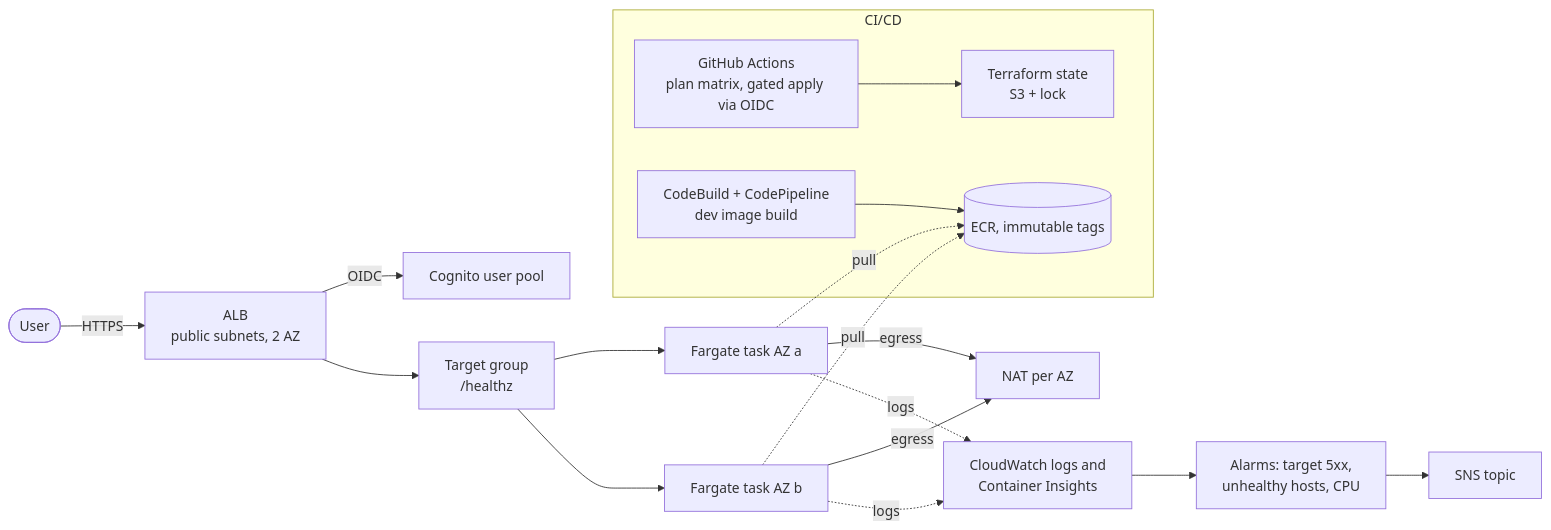
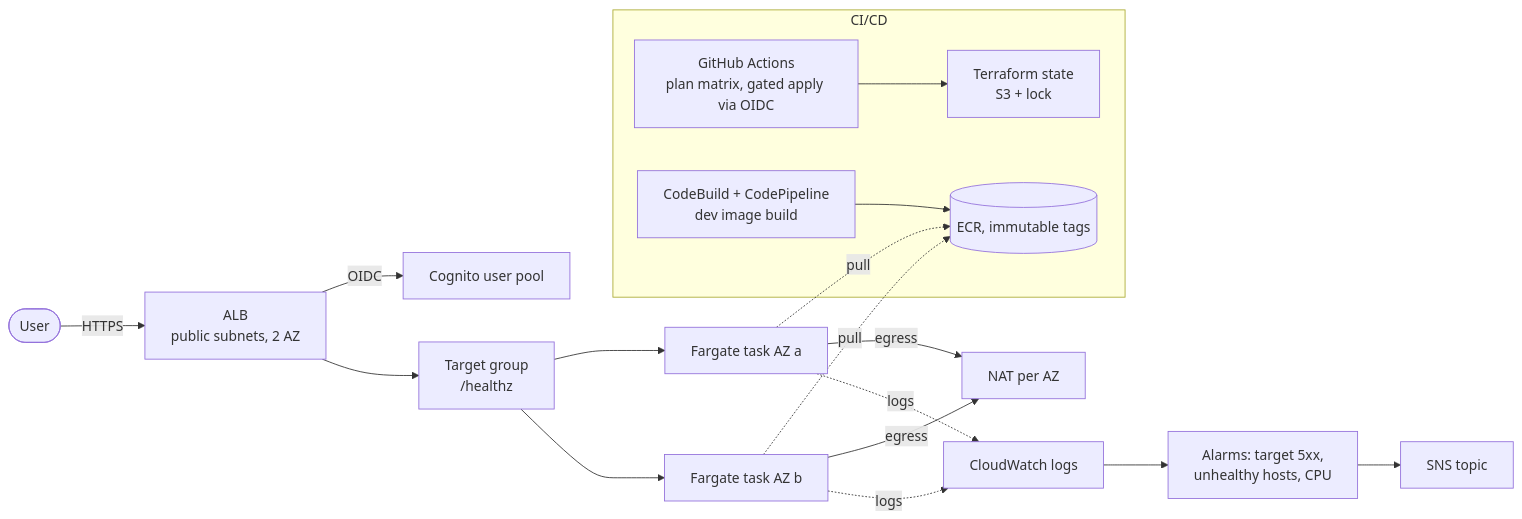
The diagram in README.md (MicheleCampi/aws-ecs-delivery-platform), drawn with Mermaid before and after one commit. The commit also changed other lines of this file and 4 other files, not shown here.

````diff
--- a/README.md
+++ b/README.md
@@ -14,16 +14,16 @@
 ```mermaid
 flowchart LR
   user([User]) -->|HTTPS| alb[ALB<br/>public subnets, 2 AZ]
   alb -->|OIDC| cognito[Cognito user pool]
   alb --> tg[Target group<br/>/healthz]
   tg --> t1[Fargate task AZ a]
   tg --> t2[Fargate task AZ b]
   t1 & t2 -->|egress| nat[NAT per AZ]
   t1 & t2 -.pull.-> ecr[(ECR, immutable tags)]
-  t1 & t2 -.logs.-> cw[CloudWatch logs and<br/>Container Insights]
+  t1 & t2 -.logs.-> cw[CloudWatch logs]
   cw --> alarms[Alarms: target 5xx,<br/>unhealthy hosts, CPU] --> sns[SNS topic]
   subgraph CI/CD
     gh[GitHub Actions<br/>plan matrix, gated apply via OIDC] --> tf[Terraform state<br/>S3 + lock]
     cp[CodeBuild + CodePipeline<br/>dev image build] --> ecr
   end
 ```
````
